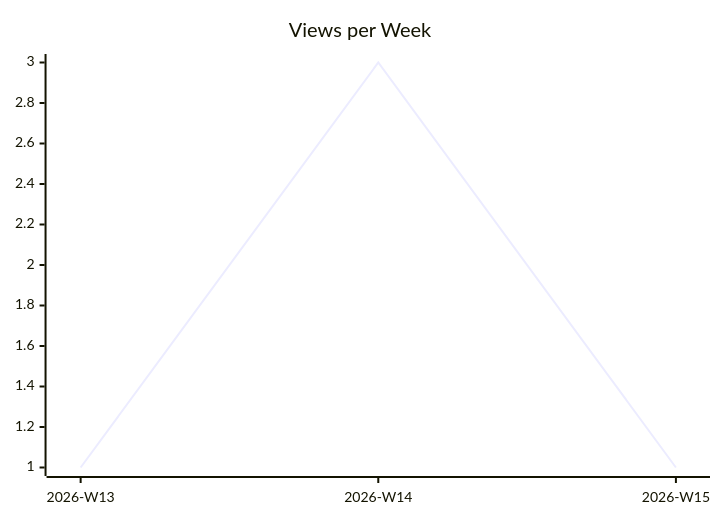
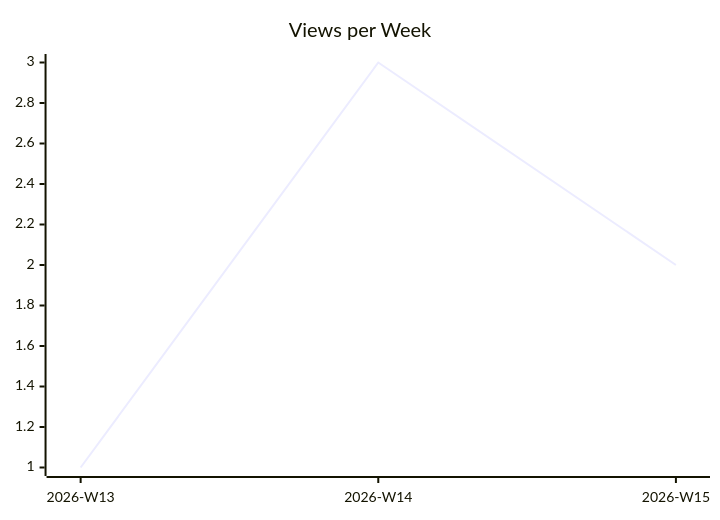
Before and after one commit to justdavis-family/github-analytics-data: the second of 3 diagrams in karlmdavis/fhir-benchmarks/README.md, drawn with Mermaid. The commit also changed other lines of this file and 157 other files, not shown here.

````diff
--- a/karlmdavis/fhir-benchmarks/README.md
+++ b/karlmdavis/fhir-benchmarks/README.md
@@ -12,6 +12,6 @@
 ```mermaid
 xychart-beta
   title "Views per Week"
   x-axis ["2026-W13", "2026-W14", "2026-W15"]
-  line [1, 3, 1]
+  line [1, 3, 2]
 ```
````
